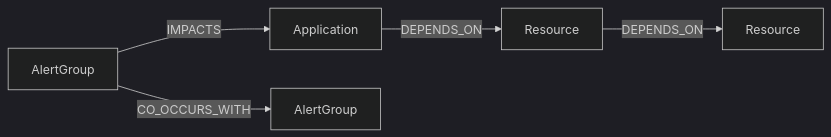
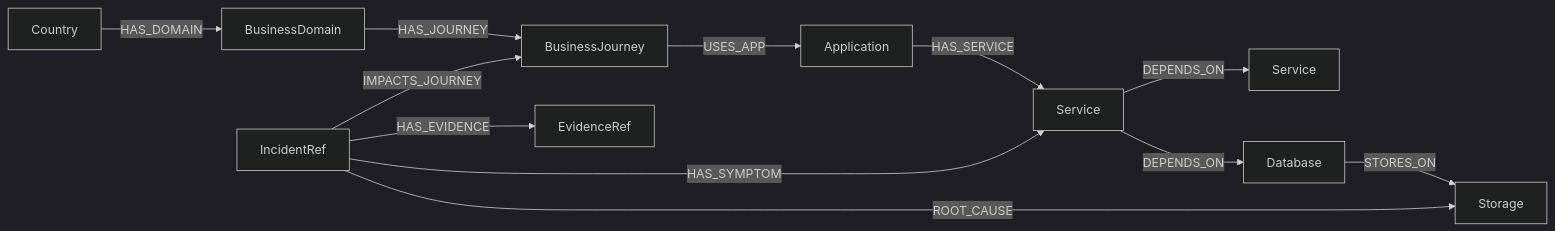
One commit to muhammadabdelhafeez/AiOps changed the second of 2 diagrams in docs/DATA_MODEL.md. Above: the diagram before and after it, drawn with Mermaid (dark theme). The commit also changed other lines of this file and 148 other files, not shown here.

````diff
--- a/docs/DATA_MODEL.md
+++ b/docs/DATA_MODEL.md
@@ -87,7 +90,14 @@
 ```mermaid
 flowchart LR
-  App[Application] -->|DEPENDS_ON| Res[Resource]
-  Res -->|DEPENDS_ON| Res2[Resource]
-  AG[AlertGroup] -->|IMPACTS| App
-  AG -->|CO_OCCURS_WITH| AG2[AlertGroup]
+  C[Country] -->|HAS_DOMAIN| D[BusinessDomain]
+  D -->|HAS_JOURNEY| J[BusinessJourney]
+  J -->|USES_APP| A[Application]
+  A -->|HAS_SERVICE| S[Service]
+  S -->|DEPENDS_ON| S2[Service]
+  S -->|DEPENDS_ON| DB[Database]
+  DB -->|STORES_ON| ST[Storage]
+  IR[IncidentRef] -->|IMPACTS_JOURNEY| J
+  IR -->|ROOT_CAUSE| ST
+  IR -->|HAS_SYMPTOM| S
+  IR -->|HAS_EVIDENCE| ER[EvidenceRef]
 ```
````
